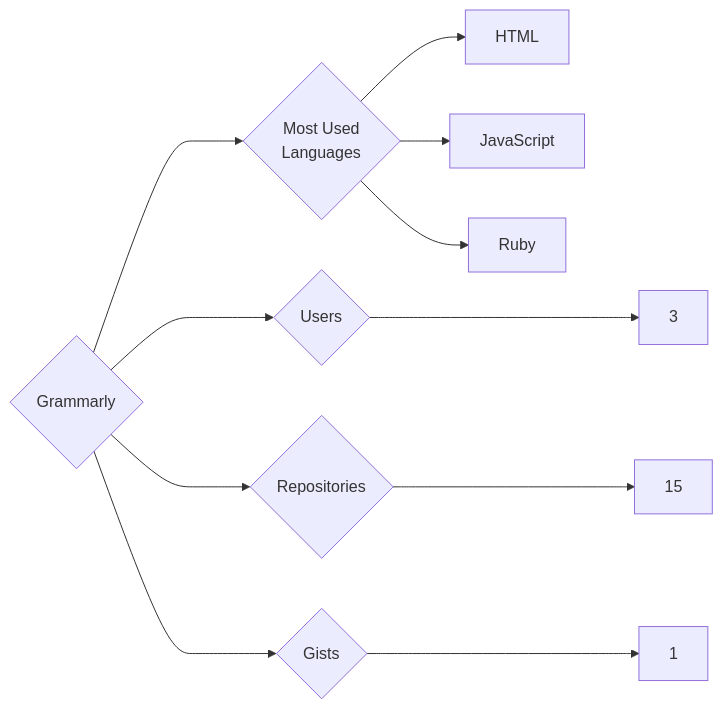
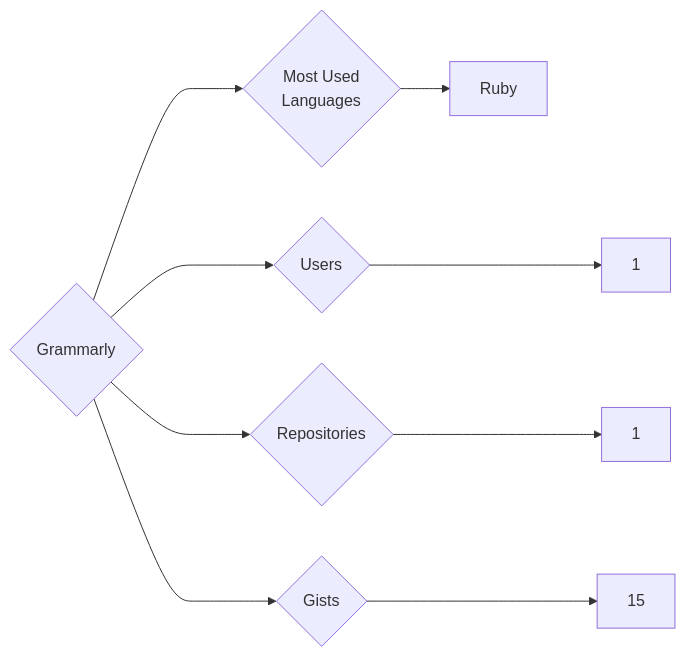
One commit to trickest/insiders changed the diagram in targets/Grammarly/README.md. Above: the diagram before and after it, drawn with Mermaid. The commit also changed 880 other files, not shown here.

````diff
--- a/targets/Grammarly/README.md
+++ b/targets/Grammarly/README.md
@@ -3,11 +3,9 @@
 ```mermaid
 graph LR
 COMPANY_NAME{Grammarly}
-COMPANY_NAME ---> U{Users} ---> UN[3]
-COMPANY_NAME ---> R{Repositories} ---> RN[15]
-COMPANY_NAME ---> G{Gists} ---> GN[1]
+COMPANY_NAME ---> U{Users} ---> UN[1]
+COMPANY_NAME ---> R{Repositories} ---> RN[1]
+COMPANY_NAME ---> G{Gists} ---> GN[15]
 COMPANY_NAME ---> ML{Most Used<br>Languages}
-ML --> HTML[HTML]
-ML --> JavaScript[JavaScript]
 ML --> Ruby[Ruby]
 ```
````
